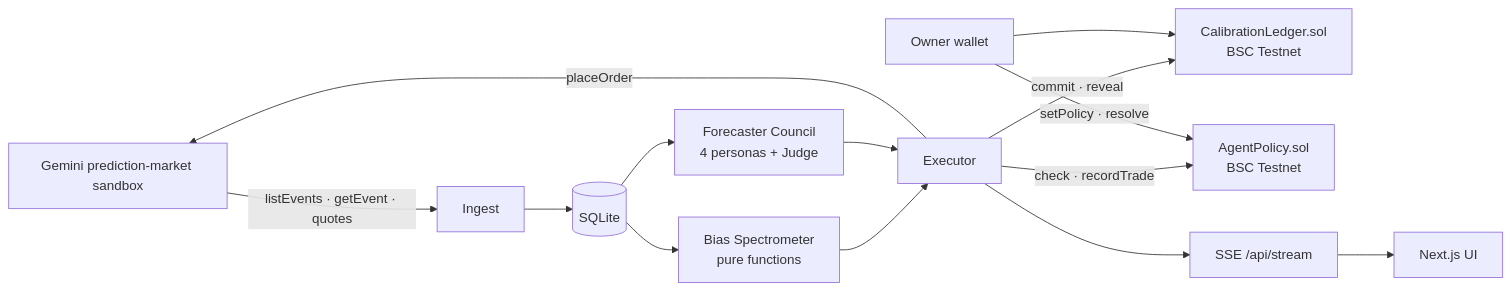
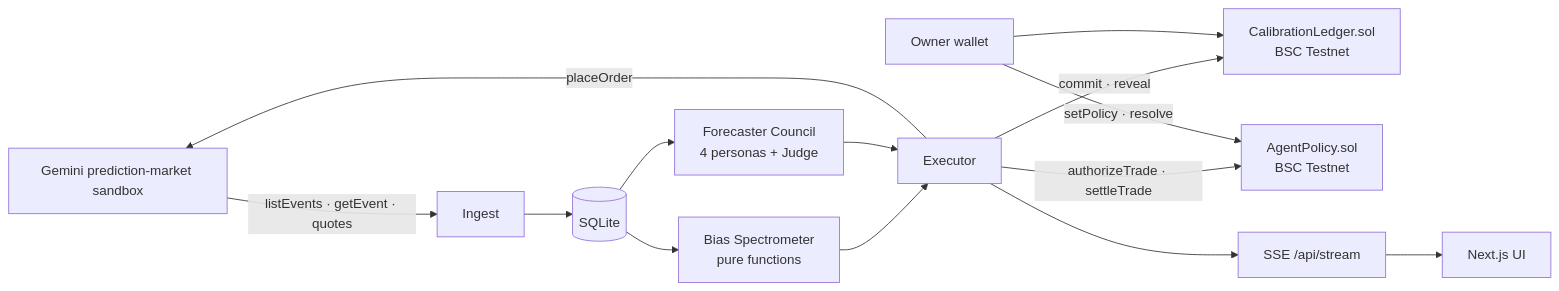
One commit to eedwardkim/cassandra changed the diagram in README.md. Above: the diagram before and after it, drawn with Mermaid. The commit also changed other lines of this file and 51 other files, not shown here.

First line of the commit message:
feat: chain-gated trades (authorizeTrade → gateway → settleTrade), owner wallet signs the leash, copy pass

````diff
--- a/README.md
+++ b/README.md
@@ -33,16 +32,16 @@
 ```mermaid
 flowchart LR
   G[Gemini prediction-market sandbox] -->|listEvents · getEvent · quotes| I[Ingest]
   I --> DB[(SQLite)]
   DB --> B[Bias Spectrometer\npure functions]
   DB --> C[Forecaster Council\n4 personas + Judge]
   B --> E[Executor]
   C --> E
   E -->|commit · reveal| L[CalibrationLedger.sol\nBSC Testnet]
-  E -->|check · recordTrade| P[AgentPolicy.sol\nBSC Testnet]
+  E -->|authorizeTrade · settleTrade| P[AgentPolicy.sol\nBSC Testnet]
   E -->|placeOrder| G
   E --> S[SSE /api/stream]
   S --> W[Next.js UI]
   O[Owner wallet] -->|setPolicy · resolve| P
   O --> L
 ```
````
